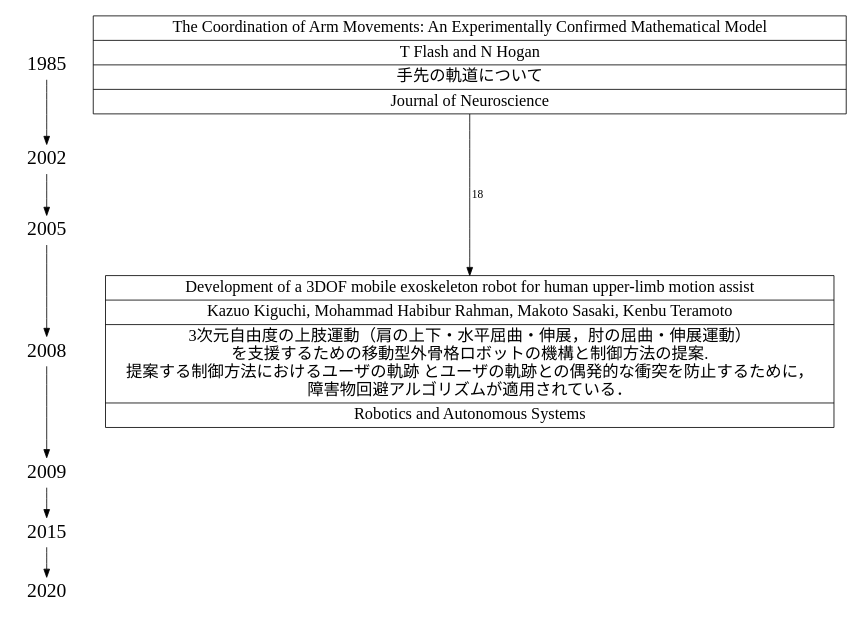
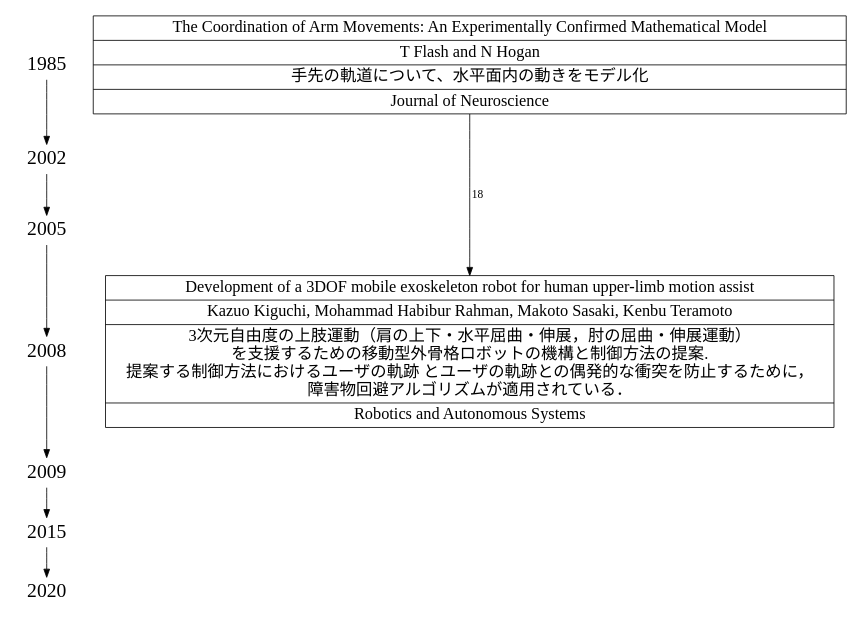
Before and after one commit to hasechon/exoskeleton-survey: the diagram in upper-limb.dot, drawn with Graphviz.

Commit message:
add memo at 1985_0

```diff
--- a/upper-limb.dot
+++ b/upper-limb.dot
@@ -1,44 +1,44 @@
 // 上肢外骨格
 digraph exoskeleton {
 
 size="7,8";
 // rankdir=LR
 node [fontsize=24, shape = plaintext];
 
 1985 -> 2002;
 2002 -> 2005;
 2005 -> 2008;
 2008 -> 2009:
 2009 -> 2015;
 2015 -> 2020;
 
 node [fontsize=20];
 { rank=same;  1985 n1985_0; }
 { rank=same;  2008 n2008_0; }
 
 
 "n1985_0" [
 label = "{
         <f0> The Coordination of Arm Movements: An Experimentally Confirmed Mathematical Model |
         <f1> T Flash and N Hogan|
-        手先の軌道について|
+        手先の軌道について、水平面内の動きをモデル化|
         Journal of Neuroscience
         }"
 shape = "record"
 ];
 
 "n2008_0" [
 label = "{
         <f0> Development of a 3DOF mobile exoskeleton robot for human upper-limb motion assist|
         <f1> Kazuo Kiguchi, Mohammad Habibur Rahman, Makoto Sasaki, Kenbu Teramoto|
         3次元自由度の上肢運動（肩の上下・水平屈曲・伸展，肘の屈曲・伸展運動）\n
         を支援するための移動型外骨格ロボットの機構と制御方法の提案.\n
         提案する制御方法におけるユーザの軌跡 とユーザの軌跡との偶発的な衝突を防止するために，\n
         障害物回避アルゴリズムが適用されている．|
         Robotics and Autonomous Systems
         }"
 shape = "record"
 ];
 
 n1985_0 -> n2008_0 [ label = "18" ]
 }
```
